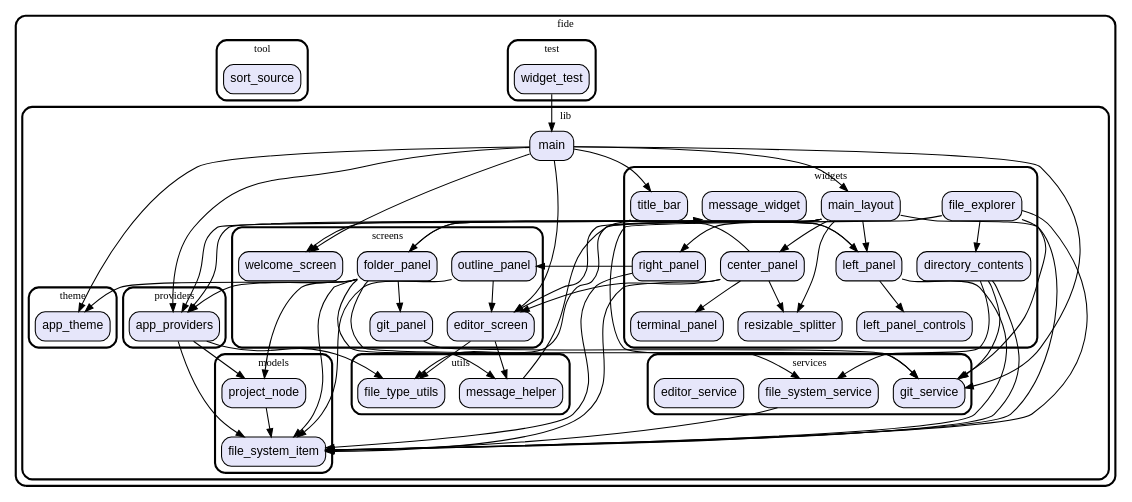
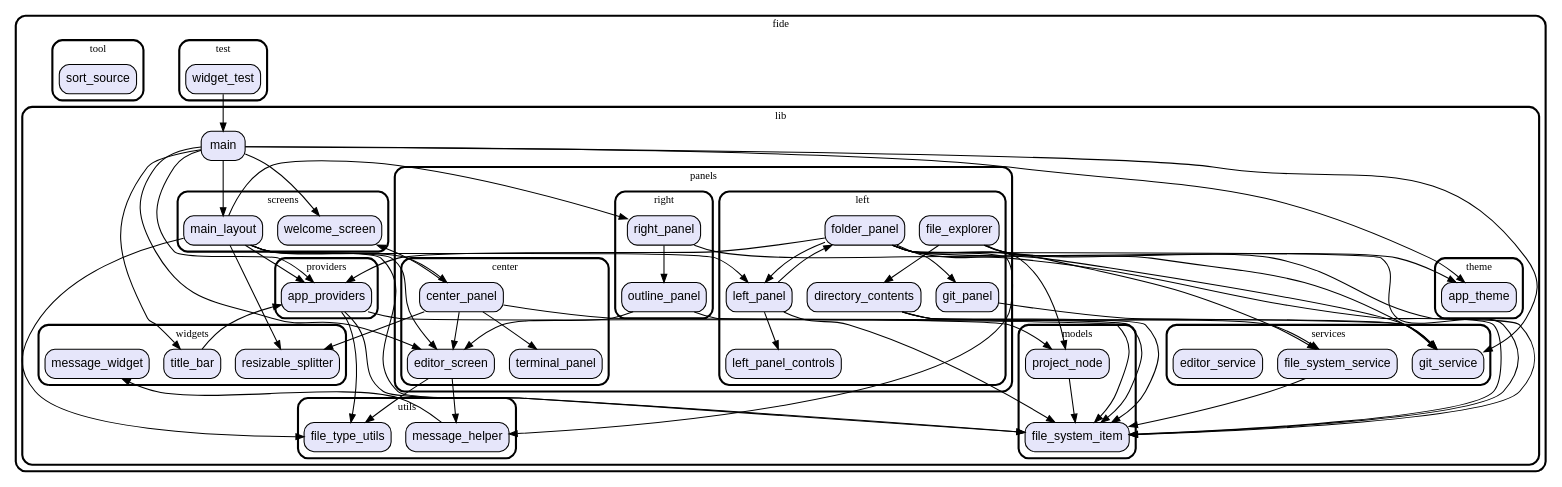
One commit to vteam-com/FIDE changed the diagram in graph.dot. Above: the diagram before and after it, drawn with Graphviz. The commit also changed 14 other files, not shown here.

Commit message:
refactor folder layout

```diff
--- a/graph.dot
+++ b/graph.dot
@@ -1,147 +1,159 @@
 digraph "" {
   graph [style=rounded fontname="Arial Black" fontsize=13 penwidth=2.6];
   node [shape=rect style="filled,rounded" fontname=Arial fontsize=15 fillcolor=Lavender penwidth=1.3];
   edge [penwidth=1.3];
   "/test/widget_test.dart" [label="widget_test"];
   "/lib/providers/app_providers.dart" [label="app_providers"];
+  "/lib/panels/right/outline_panel.dart" [label="outline_panel"];
+  "/lib/panels/right/right_panel.dart" [label="right_panel"];
+  "/lib/panels/center/editor_screen.dart" [label="editor_screen"];
+  "/lib/panels/center/terminal_panel.dart" [label="terminal_panel"];
+  "/lib/panels/center/center_panel.dart" [label="center_panel"];
+  "/lib/panels/left/git_panel.dart" [label="git_panel"];
+  "/lib/panels/left/left_panel_controls.dart" [label="left_panel_controls"];
+  "/lib/panels/left/directory_contents.dart" [label="directory_contents"];
+  "/lib/panels/left/folder_panel.dart" [label="folder_panel"];
+  "/lib/panels/left/file_explorer.dart" [label="file_explorer"];
+  "/lib/panels/left/left_panel.dart" [label="left_panel"];
   "/lib/utils/message_helper.dart" [label="message_helper"];
   "/lib/utils/file_type_utils.dart" [label="file_type_utils"];
   "/lib/models/project_node.dart" [label="project_node"];
   "/lib/models/file_system_item.dart" [label="file_system_item"];
-  "/lib/screens/git_panel.dart" [label="git_panel"];
-  "/lib/screens/outline_panel.dart" [label="outline_panel"];
-  "/lib/screens/folder_panel.dart" [label="folder_panel"];
-  "/lib/screens/editor_screen.dart" [label="editor_screen"];
+  "/lib/screens/main_layout.dart" [label="main_layout"];
   "/lib/screens/welcome_screen.dart" [label="welcome_screen"];
   "/lib/main.dart" [label="main"];
   "/lib/theme/app_theme.dart" [label="app_theme"];
   "/lib/services/git_service.dart" [label="git_service"];
   "/lib/services/file_system_service.dart" [label="file_system_service"];
   "/lib/services/editor_service.dart" [label="editor_service"];
-  "/lib/widgets/left_panel_controls.dart" [label="left_panel_controls"];
   "/lib/widgets/resizable_splitter.dart" [label="resizable_splitter"];
-  "/lib/widgets/directory_contents.dart" [label="directory_contents"];
   "/lib/widgets/title_bar.dart" [label="title_bar"];
-  "/lib/widgets/main_layout.dart" [label="main_layout"];
-  "/lib/widgets/file_explorer.dart" [label="file_explorer"];
   "/lib/widgets/message_widget.dart" [label="message_widget"];
-  "/lib/widgets/left_panel.dart" [label="left_panel"];
-  "/lib/widgets/terminal_panel.dart" [label="terminal_panel"];
-  "/lib/widgets/center_panel.dart" [label="center_panel"];
-  "/lib/widgets/right_panel.dart" [label="right_panel"];
   "/tool/sort_source.dart" [label="sort_source"];
   subgraph "cluster~" {
     label="fide";
     subgraph "cluster~/test" {
       label="test";
       "/test/widget_test.dart";
     }
     subgraph "cluster~/lib" {
       label="lib";
       "/lib/main.dart";
       subgraph "cluster~/lib/providers" {
         label="providers";
         "/lib/providers/app_providers.dart";
       }
+      subgraph "cluster~/lib/panels" {
+        label="panels";
+        subgraph "cluster~/lib/panels/right" {
+          label="right";
+          "/lib/panels/right/outline_panel.dart";
+          "/lib/panels/right/right_panel.dart";
+        }
+        subgraph "cluster~/lib/panels/center" {
+          label="center";
+          "/lib/panels/center/editor_screen.dart";
+          "/lib/panels/center/terminal_panel.dart";
+          "/lib/panels/center/center_panel.dart";
+        }
+        subgraph "cluster~/lib/panels/left" {
+          label="left";
+          "/lib/panels/left/git_panel.dart";
+          "/lib/panels/left/left_panel_controls.dart";
+          "/lib/panels/left/directory_contents.dart";
+          "/lib/panels/left/folder_panel.dart";
+          "/lib/panels/left/file_explorer.dart";
+          "/lib/panels/left/left_panel.dart";
+        }
+      }
       subgraph "cluster~/lib/utils" {
         label="utils";
         "/lib/utils/message_helper.dart";
         "/lib/utils/file_type_utils.dart";
       }
       subgraph "cluster~/lib/models" {
         label="models";
         "/lib/models/project_node.dart";
         "/lib/models/file_system_item.dart";
       }
       subgraph "cluster~/lib/screens" {
         label="screens";
-        "/lib/screens/git_panel.dart";
-        "/lib/screens/outline_panel.dart";
-        "/lib/screens/folder_panel.dart";
-        "/lib/screens/editor_screen.dart";
+        "/lib/screens/main_layout.dart";
         "/lib/screens/welcome_screen.dart";
       }
       subgraph "cluster~/lib/theme" {
         label="theme";
         "/lib/theme/app_theme.dart";
       }
       subgraph "cluster~/lib/services" {
         label="services";
         "/lib/services/git_service.dart";
         "/lib/services/file_system_service.dart";
         "/lib/services/editor_service.dart";
       }
       subgraph "cluster~/lib/widgets" {
         label="widgets";
-        "/lib/widgets/left_panel_controls.dart";
         "/lib/widgets/resizable_splitter.dart";
-        "/lib/widgets/directory_contents.dart";
         "/lib/widgets/title_bar.dart";
-        "/lib/widgets/main_layout.dart";
-        "/lib/widgets/file_explorer.dart";
         "/lib/widgets/message_widget.dart";
-        "/lib/widgets/left_panel.dart";
-        "/lib/widgets/terminal_panel.dart";
-        "/lib/widgets/center_panel.dart";
-        "/lib/widgets/right_panel.dart";
       }
     }
     subgraph "cluster~/tool" {
       label="tool";
       "/tool/sort_source.dart";
     }
   }
   "/test/widget_test.dart" -> "/lib/main.dart";
   "/lib/providers/app_providers.dart" -> "/lib/models/file_system_item.dart";
   "/lib/providers/app_providers.dart" -> "/lib/models/project_node.dart";
   "/lib/providers/app_providers.dart" -> "/lib/utils/file_type_utils.dart";
+  "/lib/panels/right/outline_panel.dart" -> "/lib/models/file_system_item.dart";
+  "/lib/panels/right/outline_panel.dart" -> "/lib/panels/center/editor_screen.dart";
+  "/lib/panels/right/right_panel.dart" -> "/lib/panels/right/outline_panel.dart";
+  "/lib/panels/right/right_panel.dart" -> "/lib/models/file_system_item.dart";
+  "/lib/panels/center/editor_screen.dart" -> "/lib/utils/message_helper.dart";
+  "/lib/panels/center/editor_screen.dart" -> "/lib/utils/file_type_utils.dart";
+  "/lib/panels/center/center_panel.dart" -> "/lib/screens/welcome_screen.dart";
+  "/lib/panels/center/center_panel.dart" -> "/lib/panels/center/editor_screen.dart";
+  "/lib/panels/center/center_panel.dart" -> "/lib/panels/center/terminal_panel.dart";
+  "/lib/panels/center/center_panel.dart" -> "/lib/widgets/resizable_splitter.dart";
+  "/lib/panels/center/center_panel.dart" -> "/lib/models/file_system_item.dart";
+  "/lib/panels/left/git_panel.dart" -> "/lib/services/git_service.dart";
+  "/lib/panels/left/directory_contents.dart" -> "/lib/services/file_system_service.dart";
+  "/lib/panels/left/directory_contents.dart" -> "/lib/services/git_service.dart";
+  "/lib/panels/left/directory_contents.dart" -> "/lib/models/file_system_item.dart";
+  "/lib/panels/left/folder_panel.dart" -> "/lib/models/project_node.dart";
+  "/lib/panels/left/folder_panel.dart" -> "/lib/models/file_system_item.dart";
+  "/lib/panels/left/folder_panel.dart" -> "/lib/services/git_service.dart";
+  "/lib/panels/left/folder_panel.dart" -> "/lib/utils/message_helper.dart";
+  "/lib/panels/left/folder_panel.dart" -> "/lib/panels/left/git_panel.dart";
+  "/lib/panels/left/folder_panel.dart" -> "/lib/theme/app_theme.dart";
+  "/lib/panels/left/folder_panel.dart" -> "/lib/panels/left/left_panel.dart";
+  "/lib/panels/left/folder_panel.dart" -> "/lib/providers/app_providers.dart";
+  "/lib/panels/left/file_explorer.dart" -> "/lib/services/file_system_service.dart";
+  "/lib/panels/left/file_explorer.dart" -> "/lib/services/git_service.dart";
+  "/lib/panels/left/file_explorer.dart" -> "/lib/models/file_system_item.dart";
+  "/lib/panels/left/file_explorer.dart" -> "/lib/panels/left/directory_contents.dart";
+  "/lib/panels/left/left_panel.dart" -> "/lib/panels/left/folder_panel.dart";
+  "/lib/panels/left/left_panel.dart" -> "/lib/panels/left/left_panel_controls.dart";
+  "/lib/panels/left/left_panel.dart" -> "/lib/models/file_system_item.dart";
   "/lib/utils/message_helper.dart" -> "/lib/widgets/message_widget.dart";
   "/lib/models/project_node.dart" -> "/lib/models/file_system_item.dart";
-  "/lib/screens/git_panel.dart" -> "/lib/services/git_service.dart";
-  "/lib/screens/outline_panel.dart" -> "/lib/models/file_system_item.dart";
-  "/lib/screens/outline_panel.dart" -> "/lib/screens/editor_screen.dart";
-  "/lib/screens/folder_panel.dart" -> "/lib/models/project_node.dart";
-  "/lib/screens/folder_panel.dart" -> "/lib/models/file_system_item.dart";
-  "/lib/screens/folder_panel.dart" -> "/lib/services/git_service.dart";
-  "/lib/screens/folder_panel.dart" -> "/lib/utils/message_helper.dart";
-  "/lib/screens/folder_panel.dart" -> "/lib/screens/git_panel.dart";
-  "/lib/screens/folder_panel.dart" -> "/lib/theme/app_theme.dart";
-  "/lib/screens/folder_panel.dart" -> "/lib/widgets/left_panel.dart";
-  "/lib/screens/folder_panel.dart" -> "/lib/providers/app_providers.dart";
-  "/lib/screens/editor_screen.dart" -> "/lib/utils/message_helper.dart";
-  "/lib/screens/editor_screen.dart" -> "/lib/utils/file_type_utils.dart";
+  "/lib/screens/main_layout.dart" -> "/lib/panels/center/editor_screen.dart";
+  "/lib/screens/main_layout.dart" -> "/lib/providers/app_providers.dart";
+  "/lib/screens/main_layout.dart" -> "/lib/models/file_system_item.dart";
+  "/lib/screens/main_layout.dart" -> "/lib/utils/file_type_utils.dart";
+  "/lib/screens/main_layout.dart" -> "/lib/widgets/resizable_splitter.dart";
+  "/lib/screens/main_layout.dart" -> "/lib/panels/left/left_panel.dart";
+  "/lib/screens/main_layout.dart" -> "/lib/panels/center/center_panel.dart";
+  "/lib/screens/main_layout.dart" -> "/lib/panels/right/right_panel.dart";
   "/lib/main.dart" -> "/lib/providers/app_providers.dart";
-  "/lib/main.dart" -> "/lib/widgets/main_layout.dart";
+  "/lib/main.dart" -> "/lib/screens/main_layout.dart";
   "/lib/main.dart" -> "/lib/widgets/title_bar.dart";
-  "/lib/main.dart" -> "/lib/screens/editor_screen.dart";
+  "/lib/main.dart" -> "/lib/panels/center/editor_screen.dart";
   "/lib/main.dart" -> "/lib/screens/welcome_screen.dart";
   "/lib/main.dart" -> "/lib/services/git_service.dart";
   "/lib/main.dart" -> "/lib/theme/app_theme.dart";
   "/lib/services/file_system_service.dart" -> "/lib/models/file_system_item.dart";
-  "/lib/widgets/directory_contents.dart" -> "/lib/services/file_system_service.dart";
-  "/lib/widgets/directory_contents.dart" -> "/lib/services/git_service.dart";
-  "/lib/widgets/directory_contents.dart" -> "/lib/models/file_system_item.dart";
   "/lib/widgets/title_bar.dart" -> "/lib/providers/app_providers.dart";
-  "/lib/widgets/main_layout.dart" -> "/lib/screens/editor_screen.dart";
-  "/lib/widgets/main_layout.dart" -> "/lib/providers/app_providers.dart";
-  "/lib/widgets/main_layout.dart" -> "/lib/models/file_system_item.dart";
-  "/lib/widgets/main_layout.dart" -> "/lib/utils/file_type_utils.dart";
-  "/lib/widgets/main_layout.dart" -> "/lib/widgets/resizable_splitter.dart";
-  "/lib/widgets/main_layout.dart" -> "/lib/widgets/left_panel.dart";
-  "/lib/widgets/main_layout.dart" -> "/lib/widgets/center_panel.dart";
-  "/lib/widgets/main_layout.dart" -> "/lib/widgets/right_panel.dart";
-  "/lib/widgets/file_explorer.dart" -> "/lib/services/file_system_service.dart";
-  "/lib/widgets/file_explorer.dart" -> "/lib/services/git_service.dart";
-  "/lib/widgets/file_explorer.dart" -> "/lib/models/file_system_item.dart";
-  "/lib/widgets/file_explorer.dart" -> "/lib/widgets/directory_contents.dart";
-  "/lib/widgets/left_panel.dart" -> "/lib/screens/folder_panel.dart";
-  "/lib/widgets/left_panel.dart" -> "/lib/widgets/left_panel_controls.dart";
-  "/lib/widgets/left_panel.dart" -> "/lib/models/file_system_item.dart";
-  "/lib/widgets/center_panel.dart" -> "/lib/screens/welcome_screen.dart";
-  "/lib/widgets/center_panel.dart" -> "/lib/screens/editor_screen.dart";
-  "/lib/widgets/center_panel.dart" -> "/lib/widgets/terminal_panel.dart";
-  "/lib/widgets/center_panel.dart" -> "/lib/widgets/resizable_splitter.dart";
-  "/lib/widgets/center_panel.dart" -> "/lib/models/file_system_item.dart";
-  "/lib/widgets/right_panel.dart" -> "/lib/screens/outline_panel.dart";
-  "/lib/widgets/right_panel.dart" -> "/lib/models/file_system_item.dart";
 }
```
